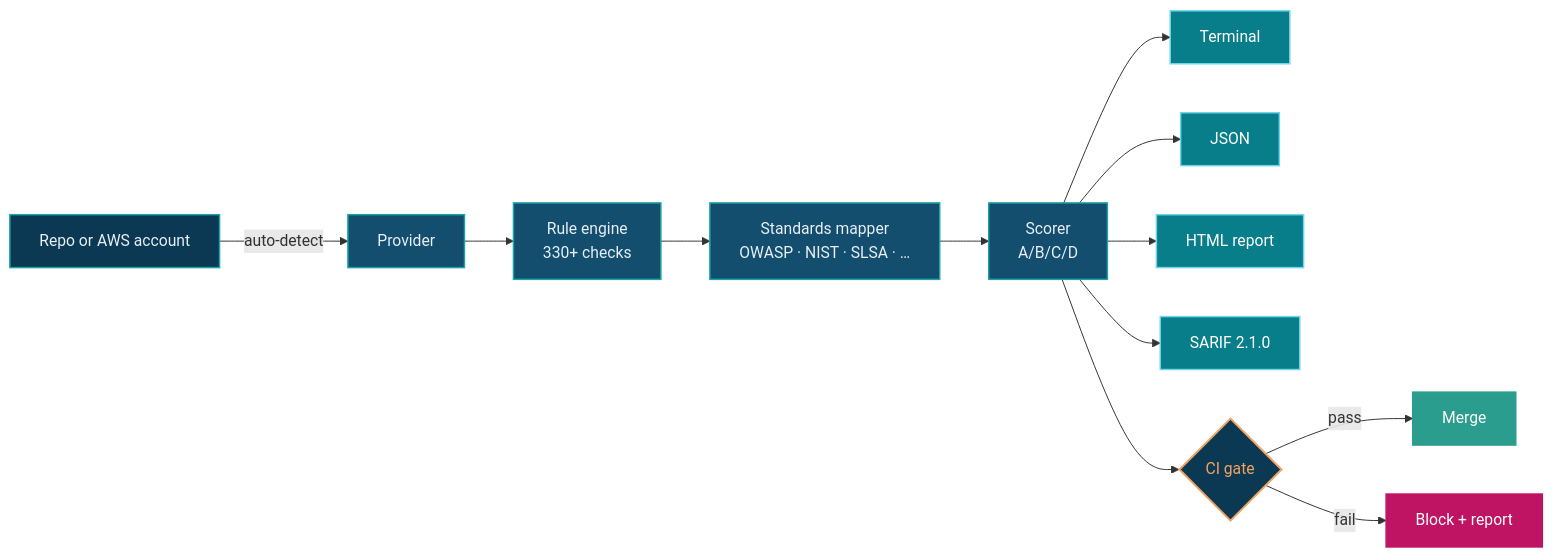
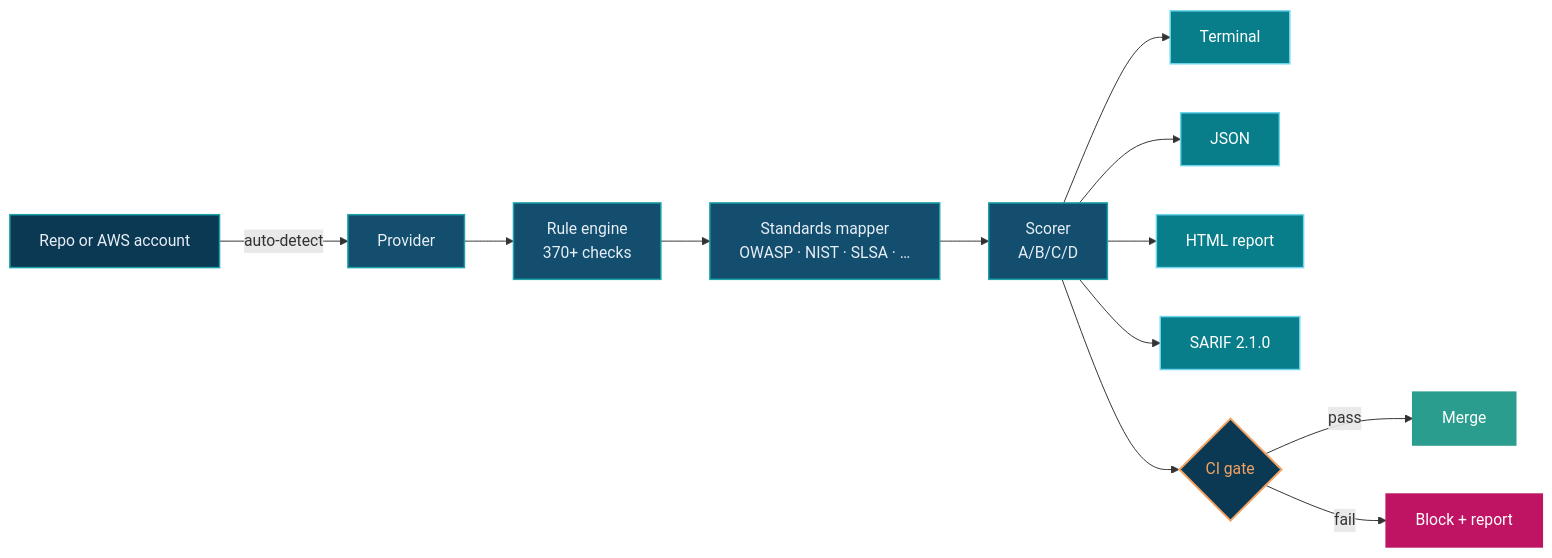
The diagram in docs/index.md (dmartinochoa/pipeline-check), drawn with Mermaid before and after one commit. The commit also changed other lines of this file and 45 other files, not shown here.

````diff
--- a/docs/index.md
+++ b/docs/index.md
@@ -169,41 +170,41 @@
 ```mermaid
 flowchart LR
     A[Repo or AWS account] -->|auto-detect| B[Provider]
-    B --> C[Rule engine<br/>330+ checks]
+    B --> C[Rule engine<br/>370+ checks]
     C --> D[Standards mapper<br/>OWASP · NIST · SLSA · …]
     D --> E[Scorer<br/>A/B/C/D]
     E --> F1[Terminal]
     E --> F2[JSON]
     E --> F3[HTML report]
     E --> F4[SARIF 2.1.0]
     E --> G{CI gate}
     G -->|pass| H[Merge]
     G -->|fail| I[Block + report]
 
     click A "usage/" "Repo on disk or live AWS account — no API tokens, no SaaS"
     click B "providers/" "Auto-detected from cwd; override with --pipeline NAME"
     click C "attack_chains/" "330+ rules emit findings with severity, location, fix"
     click D "standards/" "Findings mapped to OWASP, NIST SSDF, SLSA, CIS, …"
     click E "scoring_model/" "Severity-weighted 0–100 score with an A/B/C/D grade"
     click F1 "output/#terminal" "Rich color table for humans"
     click F2 "output/#json" "Machine-parseable JSON for scripts"
     click F3 "output/#html" "HTML report with client-side filters"
     click F4 "output/#sarif" "SARIF 2.1.0 for GitHub code scanning, Defender for DevOps"
     click G "ci_gate/" "Severity caps, baseline diff, ignore file — pass/fail contract"
     click H "ci_gate/" "Severity below thresholds, exit 0"
     click I "ci_gate/" "Severity above threshold; non-zero exit + report (--fix patches the subset that has a fixer)"
 
     classDef src      fill:#0b3954,stroke:#1ba3a9,stroke-width:1.5px,color:#e7eef5;
     classDef step     fill:#134e6f,stroke:#1ba3a9,stroke-width:1.5px,color:#e7eef5;
     classDef out      fill:#087e8b,stroke:#6dd5ed,stroke-width:1.5px,color:#fff;
     classDef gate     fill:#0b3954,stroke:#f4a261,stroke-width:2px,color:#f4a261;
     classDef pass     fill:#2a9d8f,stroke:#2a9d8f,stroke-width:1.5px,color:#fff;
     classDef fail     fill:#bf1363,stroke:#bf1363,stroke-width:1.5px,color:#fff;
 
     class A src;
     class B,C,D,E step;
     class F1,F2,F3,F4 out;
     class G gate;
     class H pass;
     class I fail;
 ```
````
